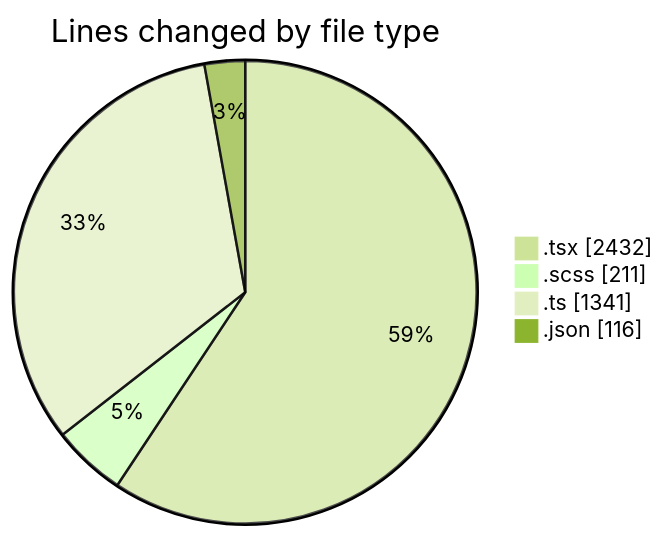
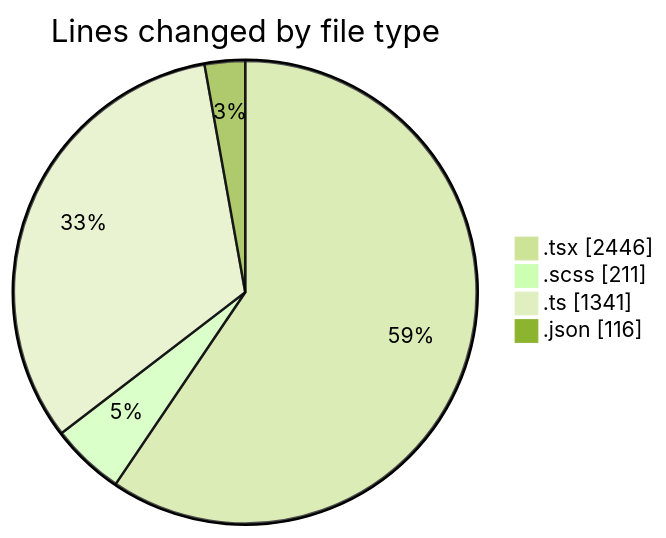
Before and after one commit to momahboobian/code-tracking: the first of 2 diagrams in 2026-09-04/cda/README.md, drawn with Mermaid (forest theme). The commit also changed other lines of this file and 1 other file, not shown here.

````diff
--- a/2026-09-04/cda/README.md
+++ b/2026-09-04/cda/README.md
@@ -58,8 +58,8 @@
 ```mermaid
 pie showData
 title Lines changed by file type
-".tsx" : 2432
+".tsx" : 2446
 ".scss" : 211
 ".ts" : 1341
 ".json" : 116
 ```
````
